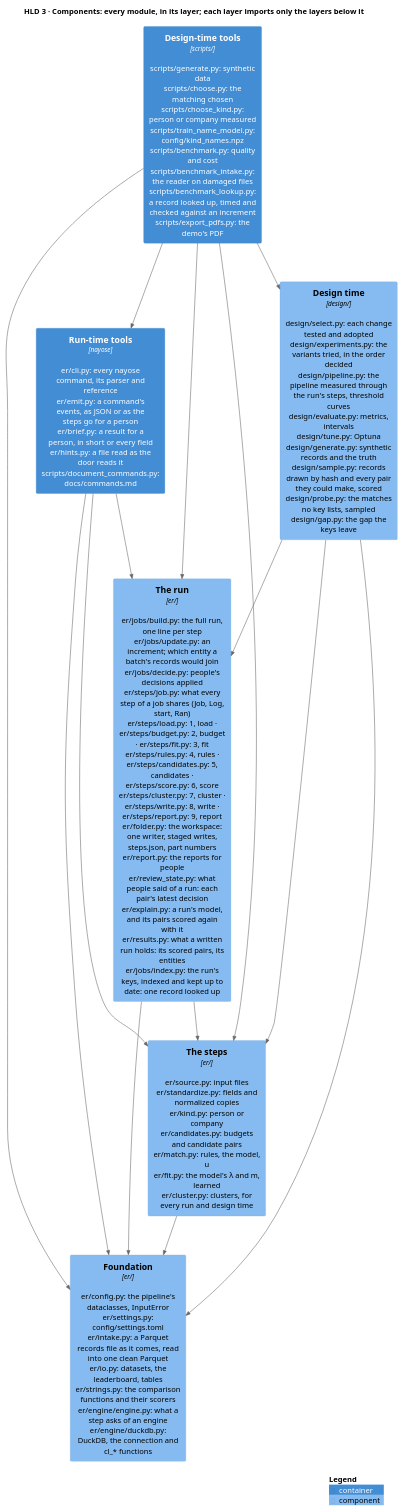
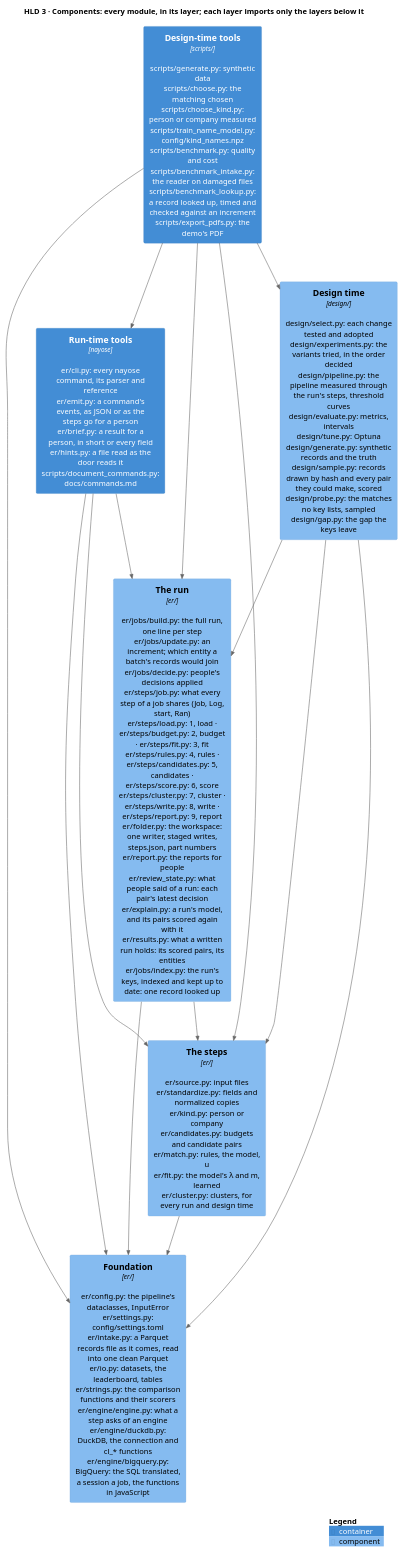
Before and after one commit to mvsbm/entity_matching: the diagram in docs/diagrams/components.puml, drawn with PlantUML. The commit also changed 9 other files, not shown here.

First line of the commit message:
A BigQuery engine beside DuckDB's: the steps' SQL translated into a session of the job's own, the comparison functions in JavaScript (rapidfuzz's scores, tested in V8), and every part only DuckDB has refused by name

```diff
--- a/docs/diagrams/components.puml
+++ b/docs/diagrams/components.puml
@@ -1,31 +1,31 @@
 @startuml components
 !include <C4/C4_Component>
 LAYOUT_TOP_DOWN()
 HIDE_STEREOTYPE()
 title HLD 3 · Components: every module, in its layer; each layer imports only the layers below it
 
 Container(tools_run, "Run-time tools", "nayose", "er/cli.py: every nayose command, its parser and reference\ner/emit.py: a command's events, as JSON or as the steps go for a person\ner/brief.py: a result for a person, in short or every field\ner/hints.py: a file read as the door reads it\nscripts/document_commands.py: docs/commands.md")
 Container(tools_design, "Design-time tools", "scripts/", "scripts/generate.py: synthetic data\nscripts/choose.py: the matching chosen\nscripts/choose_kind.py: person or company measured\nscripts/train_name_model.py: config/kind_names.npz\nscripts/benchmark.py: quality and cost\nscripts/benchmark_intake.py: the reader on damaged files\nscripts/benchmark_lookup.py: a record looked up, timed and checked against an increment\nscripts/export_pdfs.py: the demo's PDF")
 
 Component(run, "The run", "er/", "er/jobs/build.py: the full run, one line per step\ner/jobs/update.py: an increment; which entity a batch's records would join\ner/jobs/decide.py: people's decisions applied\ner/steps/job.py: what every step of a job shares (Job, Log, start, Ran)\ner/steps/load.py: 1, load · er/steps/budget.py: 2, budget · er/steps/fit.py: 3, fit\ner/steps/rules.py: 4, rules · er/steps/candidates.py: 5, candidates · er/steps/score.py: 6, score\ner/steps/cluster.py: 7, cluster · er/steps/write.py: 8, write · er/steps/report.py: 9, report\ner/folder.py: the workspace: one writer, staged writes, steps.json, part numbers\ner/report.py: the reports for people\ner/review_state.py: what people said of a run: each pair's latest decision\ner/explain.py: a run's model, and its pairs scored again with it\ner/results.py: what a written run holds: its scored pairs, its entities\ner/jobs/index.py: the run's keys, indexed and kept up to date: one record looked up")
 Component(design, "Design time", "design/", "design/select.py: each change tested and adopted\ndesign/experiments.py: the variants tried, in the order decided\ndesign/pipeline.py: the pipeline measured through the run's steps, threshold curves\ndesign/evaluate.py: metrics, intervals\ndesign/tune.py: Optuna\ndesign/generate.py: synthetic records and the truth\ndesign/sample.py: records drawn by hash and every pair they could make, scored\ndesign/probe.py: the matches no key lists, sampled\ndesign/gap.py: the gap the keys leave")
 Component(steps, "The steps", "er/", "er/source.py: input files\ner/standardize.py: fields and normalized copies\ner/kind.py: person or company\ner/candidates.py: budgets and candidate pairs\ner/match.py: rules, the model, u\ner/fit.py: the model's λ and m, learned\ner/cluster.py: clusters, for every run and design time")
-Component(configuration, "Foundation", "er/", "er/config.py: the pipeline's dataclasses, InputError\ner/settings.py: config/settings.toml\ner/intake.py: a Parquet records file as it comes, read into one clean Parquet\ner/io.py: datasets, the leaderboard, tables\ner/strings.py: the comparison functions and their scorers\ner/engine/engine.py: what a step asks of an engine\ner/engine/duckdb.py: DuckDB, the connection and cl_* functions")
+Component(configuration, "Foundation", "er/", "er/config.py: the pipeline's dataclasses, InputError\ner/settings.py: config/settings.toml\ner/intake.py: a Parquet records file as it comes, read into one clean Parquet\ner/io.py: datasets, the leaderboard, tables\ner/strings.py: the comparison functions and their scorers\ner/engine/engine.py: what a step asks of an engine\ner/engine/duckdb.py: DuckDB, the connection and cl_* functions\ner/engine/bigquery.py: BigQuery: the SQL translated, a session a job, the functions in JavaScript")
 
 Rel_D(tools_run, run, "")
 Rel_D(tools_run, steps, "")
 Rel_D(tools_run, configuration, "")
 Rel_D(tools_design, tools_run, "")
 Rel_D(tools_design, run, "")
 Rel_D(tools_design, design, "")
 Rel_D(tools_design, steps, "")
 Rel_D(tools_design, configuration, "")
 Rel_D(run, steps, "")
 Rel_D(run, configuration, "")
 Rel_D(design, run, "")
 Rel_D(design, steps, "")
 Rel_D(design, configuration, "")
 Rel_D(steps, configuration, "")
 
 SHOW_LEGEND()
 @enduml
```
